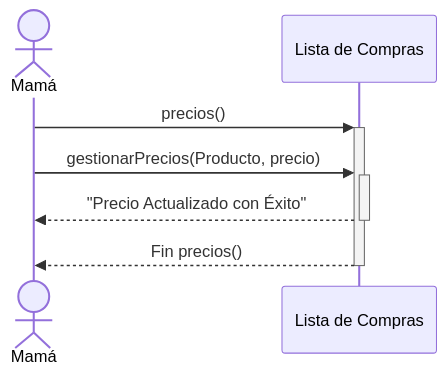
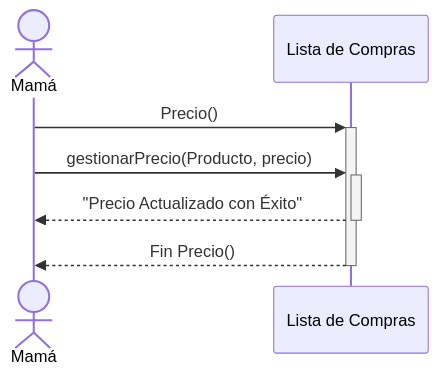
The tenth of 11 diagrams in README.md (LocoUnPocoNadaMas/Lista-Compras), drawn with Mermaid before and after one commit. The commit also changed other lines of this file, not shown here.

````diff
--- a/README.md
+++ b/README.md
@@ -677,8 +684,8 @@
 ```mermaid
 sequenceDiagram
     Actor A as Mamá
-    A->>+Lista de Compras: precios()
-    A->>+Lista de Compras: gestionarPrecios(Producto, precio)
+    A->>+Lista de Compras: Precio()
+    A->>+Lista de Compras: gestionarPrecio(Producto, precio)
     Lista de Compras-->>-A: "Precio Actualizado con Éxito"
-    Lista de Compras-->>-A: Fin precios()
+    Lista de Compras-->>-A: Fin Precio()
 ```
````
